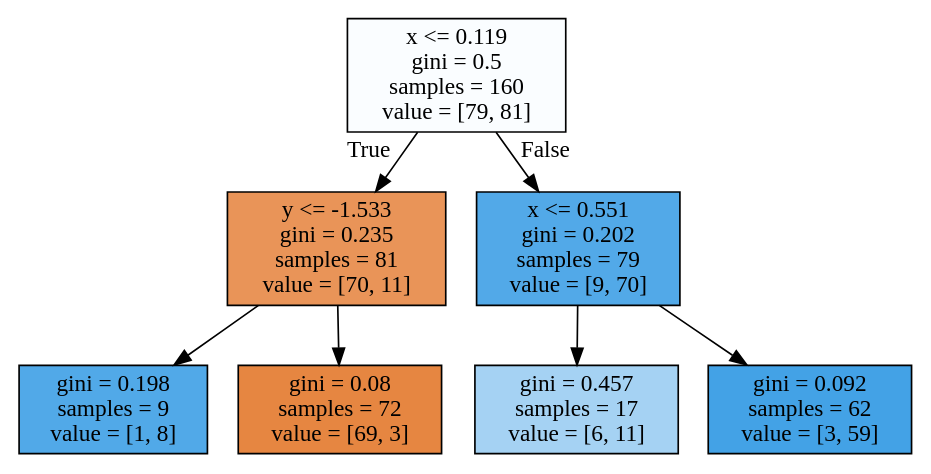
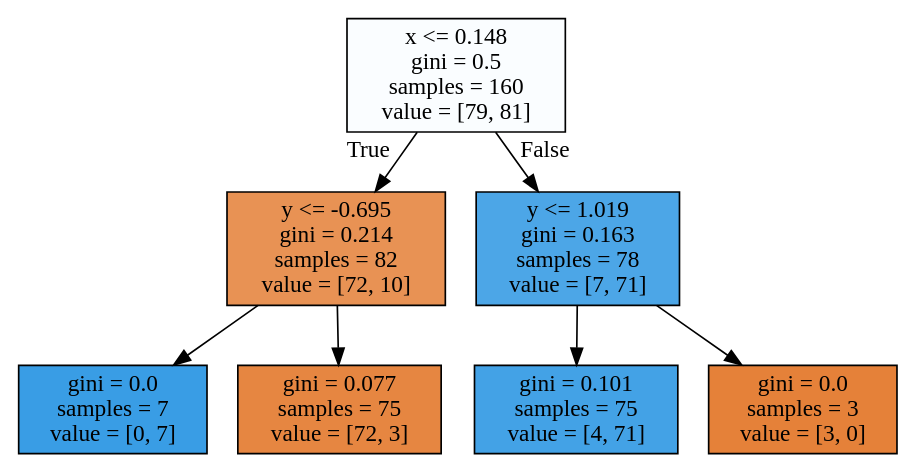
Before and after one commit to denglert/machine-learning-sandbox: the diagram in BDT/single_dt1.dot, drawn with Graphviz. The commit also changed 6 other files, not shown here.

```diff
--- a/BDT/single_dt1.dot
+++ b/BDT/single_dt1.dot
@@ -1,16 +1,16 @@
 digraph Tree {
 node [shape=box, style="filled", color="black"] ;
-0 [label="x <= 0.119\ngini = 0.5\nsamples = 160\nvalue = [79, 81]", fillcolor="#399de506"] ;
-1 [label="y <= -1.533\ngini = 0.235\nsamples = 81\nvalue = [70, 11]", fillcolor="#e58139d7"] ;
+0 [label="x <= 0.148\ngini = 0.5\nsamples = 160\nvalue = [79, 81]", fillcolor="#399de506"] ;
+1 [label="y <= -0.695\ngini = 0.214\nsamples = 82\nvalue = [72, 10]", fillcolor="#e58139dc"] ;
 0 -> 1 [labeldistance=2.5, labelangle=45, headlabel="True"] ;
-2 [label="gini = 0.198\nsamples = 9\nvalue = [1, 8]", fillcolor="#399de5df"] ;
+2 [label="gini = 0.0\nsamples = 7\nvalue = [0, 7]", fillcolor="#399de5ff"] ;
 1 -> 2 ;
-3 [label="gini = 0.08\nsamples = 72\nvalue = [69, 3]", fillcolor="#e58139f4"] ;
+3 [label="gini = 0.077\nsamples = 75\nvalue = [72, 3]", fillcolor="#e58139f4"] ;
 1 -> 3 ;
-4 [label="x <= 0.551\ngini = 0.202\nsamples = 79\nvalue = [9, 70]", fillcolor="#399de5de"] ;
+4 [label="y <= 1.019\ngini = 0.163\nsamples = 78\nvalue = [7, 71]", fillcolor="#399de5e6"] ;
 0 -> 4 [labeldistance=2.5, labelangle=-45, headlabel="False"] ;
-5 [label="gini = 0.457\nsamples = 17\nvalue = [6, 11]", fillcolor="#399de574"] ;
+5 [label="gini = 0.101\nsamples = 75\nvalue = [4, 71]", fillcolor="#399de5f1"] ;
 4 -> 5 ;
-6 [label="gini = 0.092\nsamples = 62\nvalue = [3, 59]", fillcolor="#399de5f2"] ;
+6 [label="gini = 0.0\nsamples = 3\nvalue = [3, 0]", fillcolor="#e58139ff"] ;
 4 -> 6 ;
 }
```
